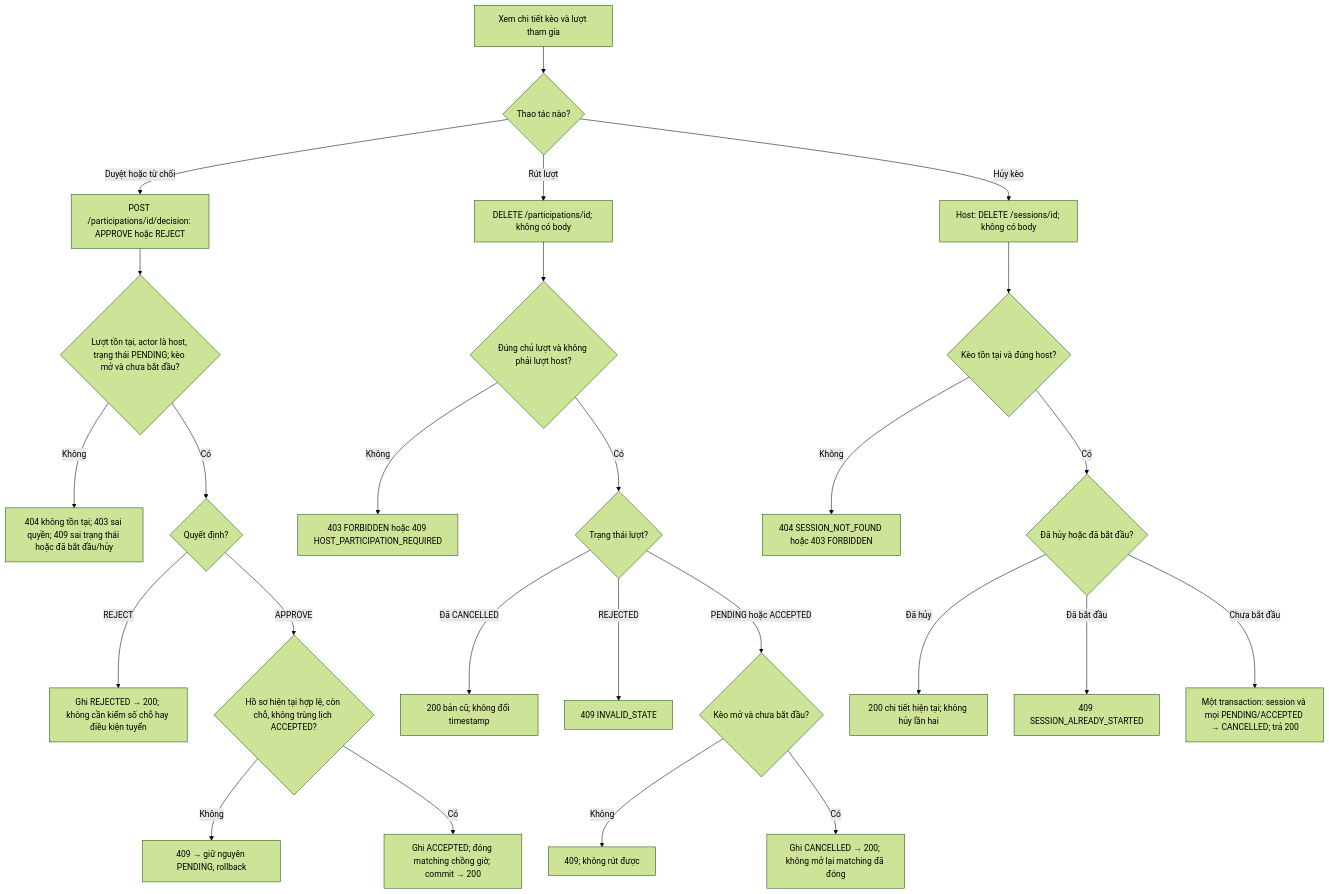
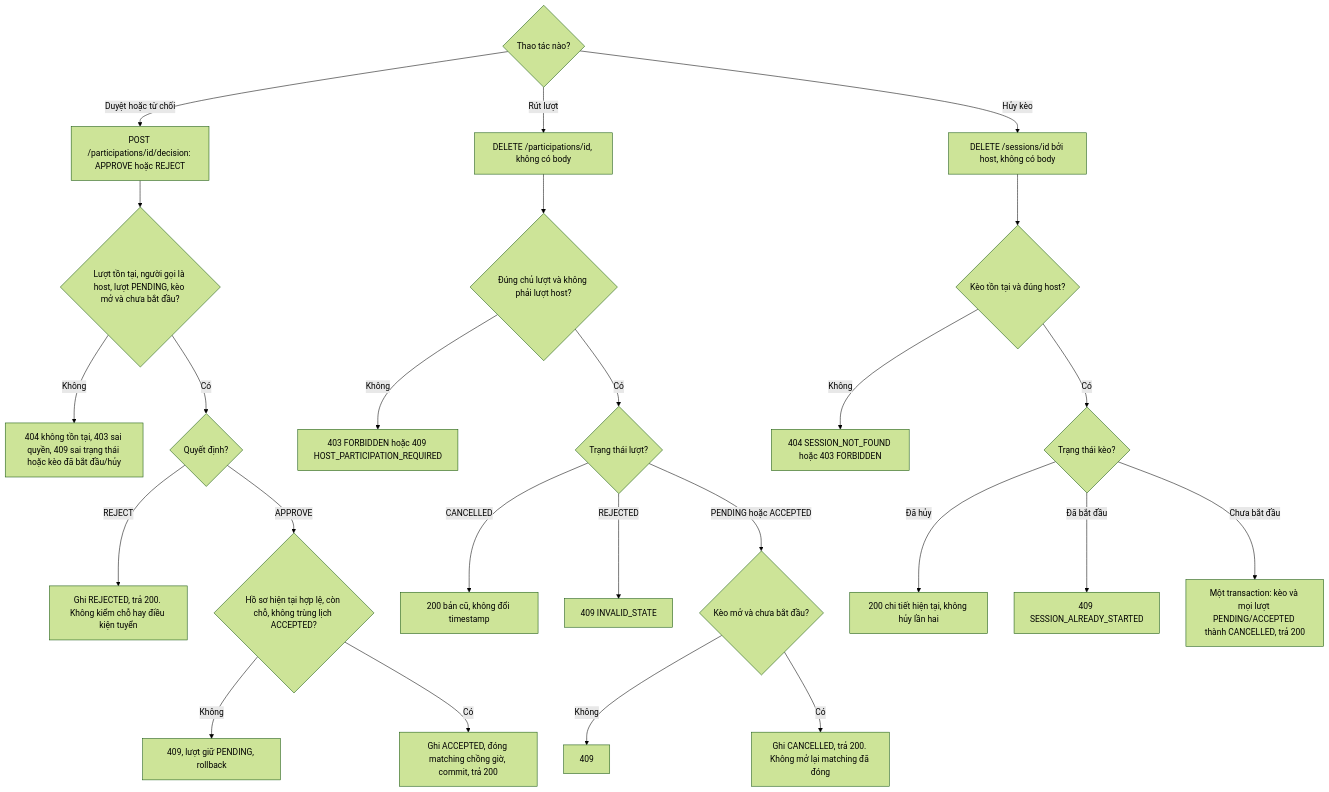
Before and after one commit to datdooo/matchmate-backend: the fourth of 6 diagrams in docs/tuan-2-xay-dung/luong-nghiep-vu.md, drawn with Mermaid (forest theme). The commit also changed other lines of this file and 5 other files, not shown here.

````diff
--- a/docs/tuan-2-xay-dung/luong-nghiep-vu.md
+++ b/docs/tuan-2-xay-dung/luong-nghiep-vu.md
@@ -120,28 +114,30 @@
 ```mermaid
 flowchart TD
-    A["Xem chi tiết kèo và lượt tham gia"] --> B{"Thao tác nào?"}
-    B -->|Duyệt hoặc từ chối| C["POST /participations/id/decision: APPROVE hoặc REJECT"]
-    C --> D{"Lượt tồn tại, actor là host, trạng thái PENDING; kèo mở và chưa bắt đầu?"}
-    D -->|Không| E["404 không tồn tại; 403 sai quyền; 409 sai trạng thái hoặc đã bắt đầu/hủy"]
-    D -->|Có| F{"Quyết định?"}
-    F -->|REJECT| G["Ghi REJECTED → 200; không cần kiểm số chỗ hay điều kiện tuyển"]
-    F -->|APPROVE| H{"Hồ sơ hiện tại hợp lệ, còn chỗ, không trùng lịch ACCEPTED?"}
-    H -->|Không| I["409 → giữ nguyên PENDING, rollback"]
-    H -->|Có| J["Ghi ACCEPTED; đóng matching chồng giờ; commit → 200"]
-    B -->|Rút lượt| K["DELETE /participations/id; không có body"]
-    K --> L{"Đúng chủ lượt và không phải lượt host?"}
-    L -->|Không| M["403 FORBIDDEN hoặc 409 HOST_PARTICIPATION_REQUIRED"]
-    L -->|Có| N{"Trạng thái lượt?"}
-    N -->|Đã CANCELLED| O["200 bản cũ; không đổi timestamp"]
-    N -->|REJECTED| P["409 INVALID_STATE"]
-    N -->|PENDING hoặc ACCEPTED| Q{"Kèo mở và chưa bắt đầu?"}
-    Q -->|Không| R["409; không rút được"]
-    Q -->|Có| S["Ghi CANCELLED → 200; không mở lại matching đã đóng"]
-    B -->|Hủy kèo| T["Host: DELETE /sessions/id; không có body"]
-    T --> U{"Kèo tồn tại và đúng host?"}
-    U -->|Không| V["404 SESSION_NOT_FOUND hoặc 403 FORBIDDEN"]
-    U -->|Có| W{"Đã hủy hoặc đã bắt đầu?"}
-    W -->|Đã hủy| X["200 chi tiết hiện tại; không hủy lần hai"]
-    W -->|Đã bắt đầu| Y["409 SESSION_ALREADY_STARTED"]
-    W -->|Chưa bắt đầu| Z["Một transaction: session và mọi PENDING/ACCEPTED → CANCELLED; trả 200"]
+    A{"Thao tác nào?"}
+    A -->|Duyệt hoặc từ chối| B["POST /participations/id/decision: APPROVE hoặc REJECT"]
+    B --> C{"Lượt tồn tại, người gọi là host, lượt PENDING, kèo mở và chưa bắt đầu?"}
+    C -->|Không| D["404 không tồn tại, 403 sai quyền, 409 sai trạng thái hoặc kèo đã bắt đầu/hủy"]
+    C -->|Có| E{"Quyết định?"}
+    E -->|REJECT| F["Ghi REJECTED, trả 200. Không kiểm chỗ hay điều kiện tuyển"]
+    E -->|APPROVE| G{"Hồ sơ hiện tại hợp lệ, còn chỗ, không trùng lịch ACCEPTED?"}
+    G -->|Không| H["409, lượt giữ PENDING, rollback"]
+    G -->|Có| I["Ghi ACCEPTED, đóng matching chồng giờ, commit, trả 200"]
+
+    A -->|Rút lượt| J["DELETE /participations/id, không có body"]
+    J --> K{"Đúng chủ lượt và không phải lượt host?"}
+    K -->|Không| L["403 FORBIDDEN hoặc 409 HOST_PARTICIPATION_REQUIRED"]
+    K -->|Có| M{"Trạng thái lượt?"}
+    M -->|CANCELLED| N["200 bản cũ, không đổi timestamp"]
+    M -->|REJECTED| O["409 INVALID_STATE"]
+    M -->|PENDING hoặc ACCEPTED| P{"Kèo mở và chưa bắt đầu?"}
+    P -->|Không| Q["409"]
+    P -->|Có| R["Ghi CANCELLED, trả 200. Không mở lại matching đã đóng"]
+
+    A -->|Hủy kèo| S["DELETE /sessions/id bởi host, không có body"]
+    S --> T{"Kèo tồn tại và đúng host?"}
+    T -->|Không| U["404 SESSION_NOT_FOUND hoặc 403 FORBIDDEN"]
+    T -->|Có| V{"Trạng thái kèo?"}
+    V -->|Đã hủy| W["200 chi tiết hiện tại, không hủy lần hai"]
+    V -->|Đã bắt đầu| X["409 SESSION_ALREADY_STARTED"]
+    V -->|Chưa bắt đầu| Y["Một transaction: kèo và mọi lượt PENDING/ACCEPTED thành CANCELLED, trả 200"]
 ```
````
